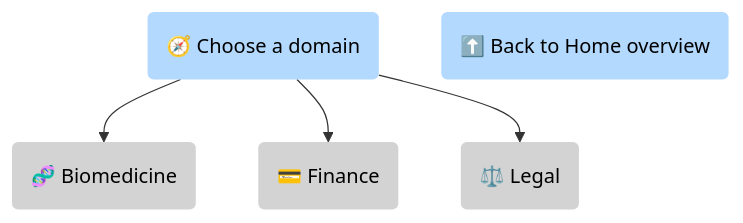
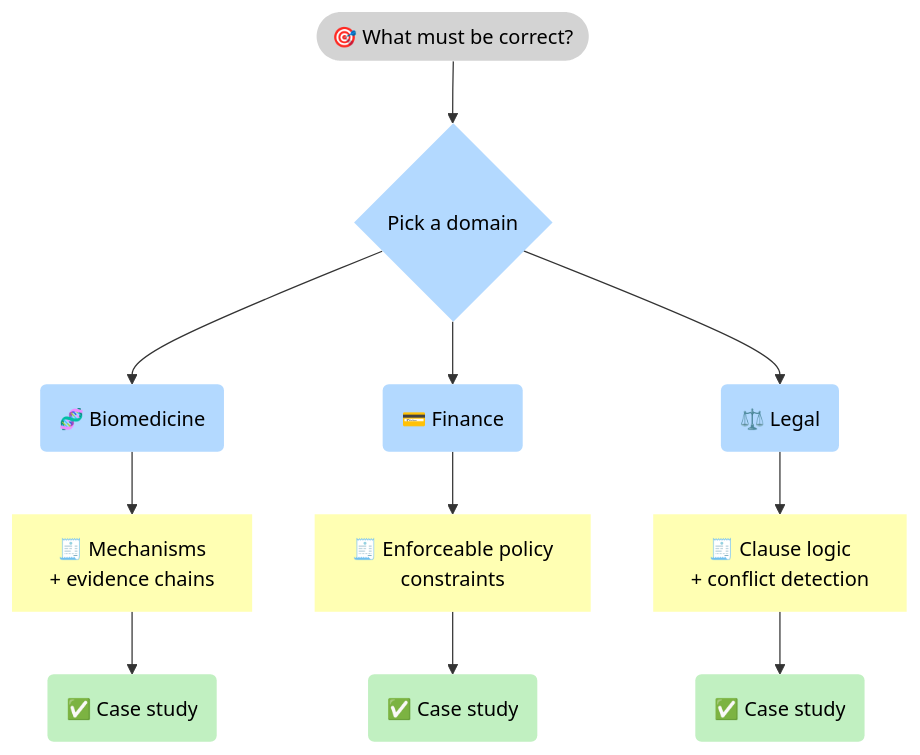
Before and after one commit to 5Reasons/5reasons.github.io: the fourth of 5 diagrams in docs/index.md, drawn with Mermaid. The commit also changed other lines of this file and 3 other files, not shown here.

````diff
--- a/docs/index.md
+++ b/docs/index.md
@@ -242,21 +284,37 @@
 ```mermaid
 flowchart TB
+%% Styles (brModel Standard)
 classDef i fill:#D3D3D3,stroke-width:0px,color:#000;
 classDef p fill:#B3D9FF,stroke-width:0px,color:#000;
+classDef r fill:#FFFFB3,stroke-width:0px,color:#000;
+classDef o fill:#C1F0C1,stroke-width:0px,color:#000;
 
-P_Choose("🧭 Choose a domain"):::p
-I_Bio("🧬 Biomedicine"):::i
-I_Fin("💳 Finance"):::i
-I_Legal("⚖️ Legal"):::i
+I_Decision(["🎯 What must be correct?"]):::i
+P_Domain{"Pick a domain"}:::p
 
-P_Choose --> I_Bio
-P_Choose --> I_Fin
-P_Choose --> I_Legal
+P_Bio("🧬 Biomedicine"):::p
+R_Bio["🧾 Mechanisms <br>+ evidence chains"]:::r
+O_Bio("✅ Case study"):::o
 
-P_Home("⬆️ Back to Home overview"):::p
+P_Fin("💳 Finance"):::p
+R_Fin["🧾 Enforceable policy <br>constraints"]:::r
+O_Fin("✅ Case study"):::o
 
-click I_Bio "/case-studies/biomedicine/" "Biomedicine"
-click I_Fin "/case-studies/finance/" "Finance"
-click I_Legal "/case-studies/legal/" "Legal"
-click P_Home "/#what-we-build" "Back to the main process map"
+P_Legal("⚖️ Legal"):::p
+R_Legal["🧾 Clause logic <br>+ conflict detection"]:::r
+O_Legal("✅ Case study"):::o
+
+I_Decision --> P_Domain
+P_Domain --> P_Bio --> R_Bio --> O_Bio
+P_Domain --> P_Fin --> R_Fin --> O_Fin
+P_Domain --> P_Legal --> R_Legal --> O_Legal
+
+
+
+click P_Bio "/case-studies/biomedicine/" "Biomedicine"
+click O_Bio "/case-studies/biomedicine/" "Biomedicine"
+click P_Fin "/case-studies/finance/" "Finance"
+click O_Fin "/case-studies/finance/" "Finance"
+click P_Legal "/case-studies/legal/" "Legal"
+click O_Legal "/case-studies/legal/" "Legal"
 ```
````
